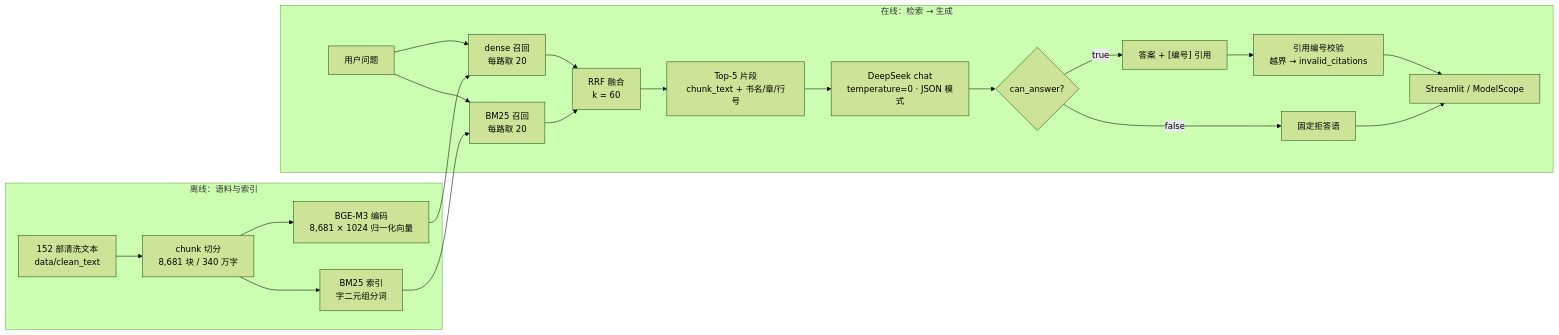
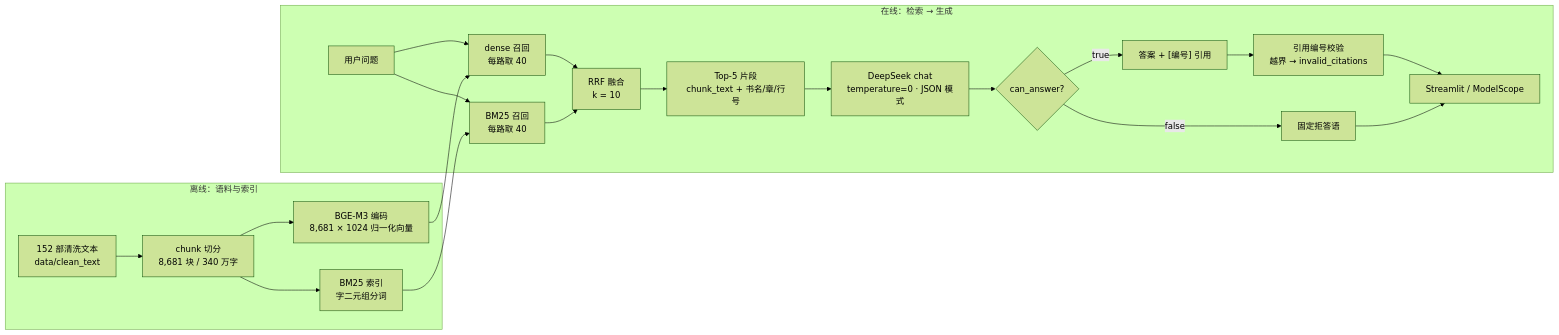
One commit to true-12138/mingli-rag changed the diagram in README.md. Above: the diagram before and after it, drawn with Mermaid (forest theme). The commit also changed other lines of this file and 13 other files, not shown here.

````diff
--- a/README.md
+++ b/README.md
@@ -38,25 +38,25 @@
 ```mermaid
 flowchart LR
     subgraph OFFLINE["离线：语料与索引"]
         A["152 部清洗文本<br/>data/clean_text"] --> B["chunk 切分<br/>8,681 块 / 340 万字"]
         B --> C["BGE-M3 编码<br/>8,681 × 1024 归一化向量"]
         B --> D["BM25 索引<br/>字二元组分词"]
     end
 
     subgraph ONLINE["在线：检索 → 生成"]
-        Q["用户问题"] --> E["dense 召回<br/>每路取 20"]
-        Q --> F["BM25 召回<br/>每路取 20"]
+        Q["用户问题"] --> E["dense 召回<br/>每路取 40"]
+        Q --> F["BM25 召回<br/>每路取 40"]
         C --> E
         D --> F
-        E --> G["RRF 融合<br/>k = 60"]
+        E --> G["RRF 融合<br/>k = 10"]
         F --> G
         G --> H["Top-5 片段<br/>chunk_text + 书名/章/行号"]
         H --> I["DeepSeek chat<br/>temperature=0 · JSON 模式"]
         I --> J{"can_answer?"}
         J -->|"true"| K["答案 + [编号] 引用"]
         J -->|"false"| L["固定拒答语"]
         K --> M["引用编号校验<br/>越界 → invalid_citations"]
         M --> N["Streamlit / ModelScope"]
         L --> N
     end
 ```
````
